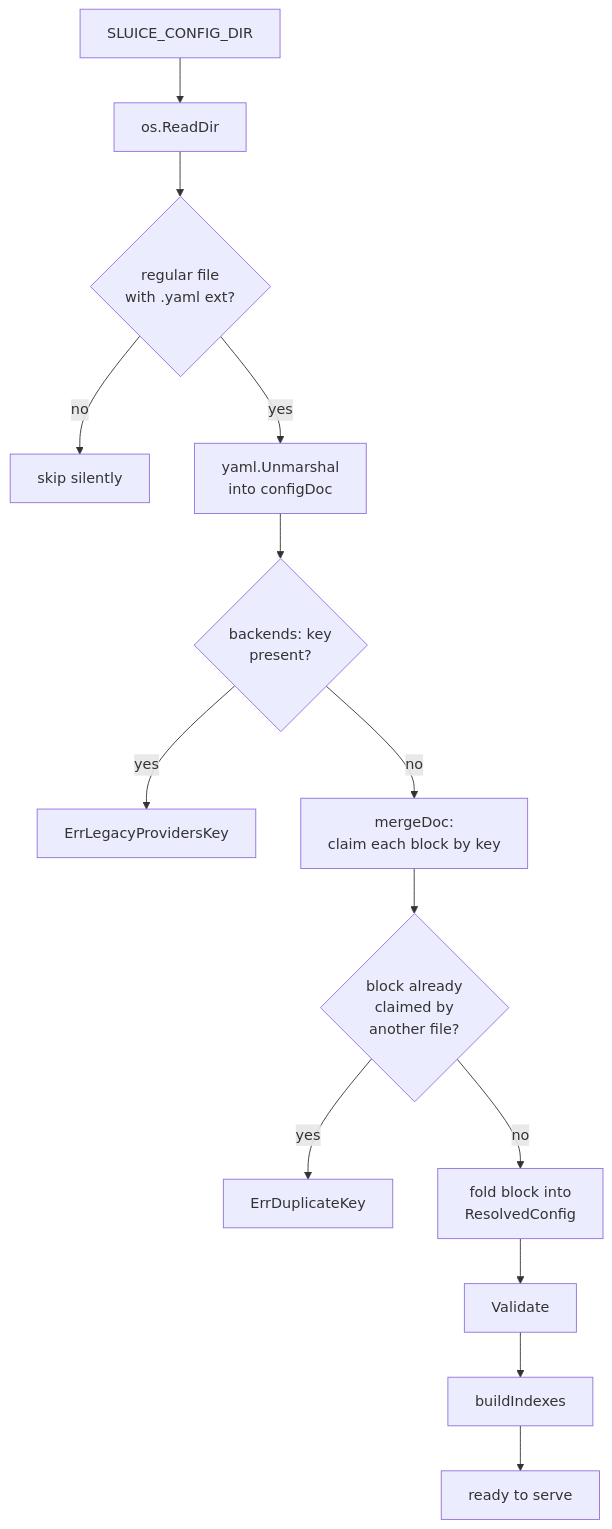
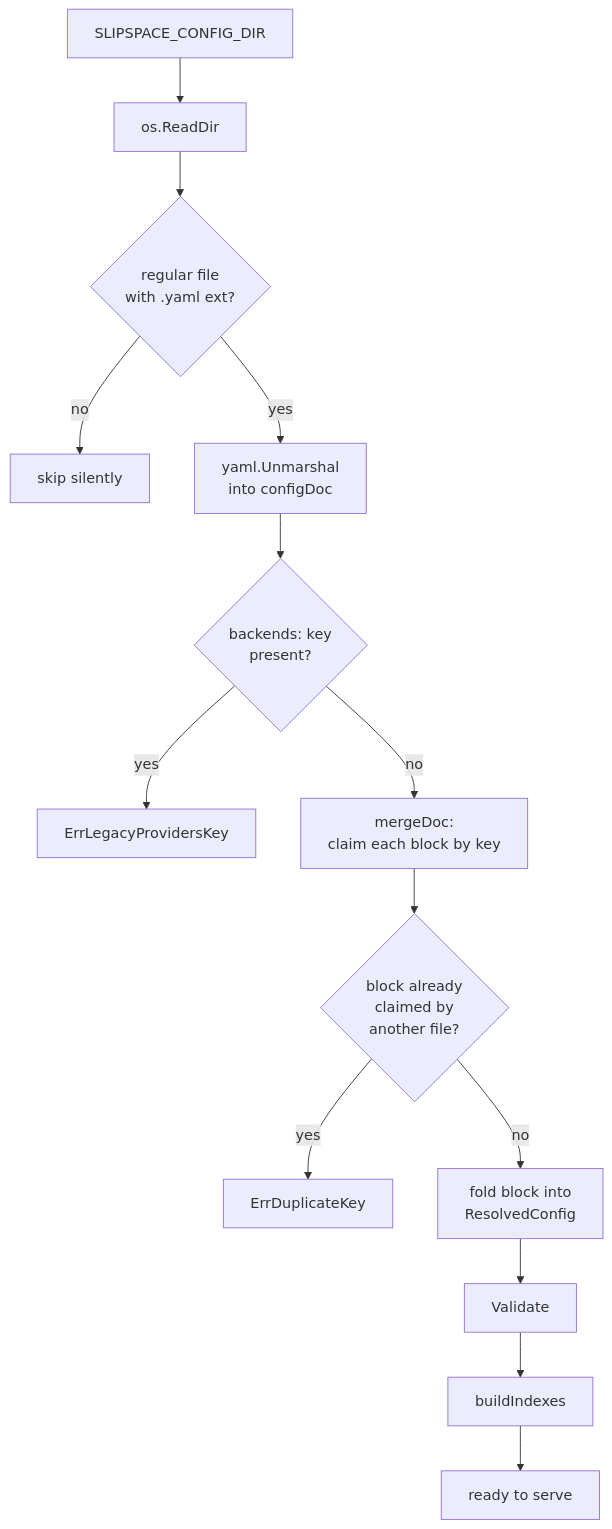
One commit to andyjmorgan/slipspace-gateway changed the first of 2 diagrams in docs/configuration-model.md. Above: the diagram before and after it, drawn with Mermaid. The commit also changed other lines of this file and 212 other files, not shown here.

````diff
--- a/docs/configuration-model.md
+++ b/docs/configuration-model.md
@@ -53,16 +53,16 @@
 ```mermaid
 flowchart TB
-    A[SLUICE_CONFIG_DIR] --> B[os.ReadDir]
+    A[SLIPSPACE_CONFIG_DIR] --> B[os.ReadDir]
     B --> C{regular file<br/>with .yaml ext?}
     C -- no --> S[skip silently]
     C -- yes --> D[yaml.Unmarshal<br/>into configDoc]
     D --> L{backends: key<br/>present?}
     L -- yes --> X[ErrLegacyProvidersKey]
     L -- no --> E[mergeDoc:<br/>claim each block by key]
     E --> F{block already<br/>claimed by<br/>another file?}
     F -- yes --> Y[ErrDuplicateKey]
     F -- no --> G[fold block into<br/>ResolvedConfig]
     G --> H[Validate]
     H --> I[buildIndexes]
     I --> J[ready to serve]
 ```
````
